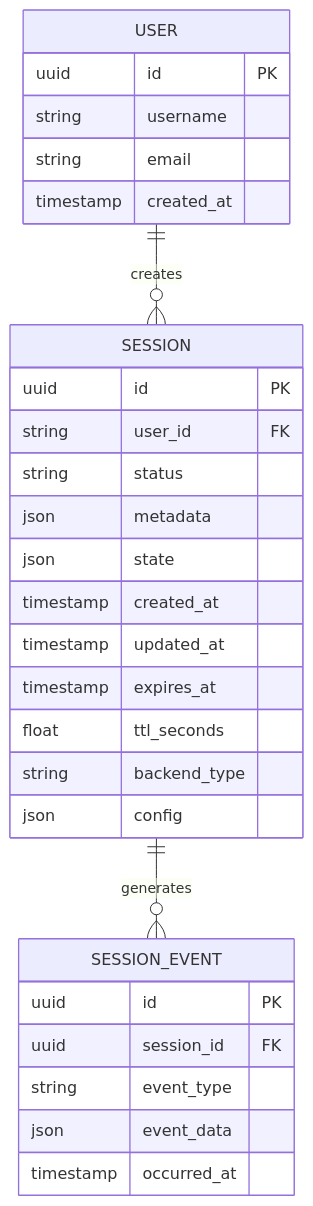
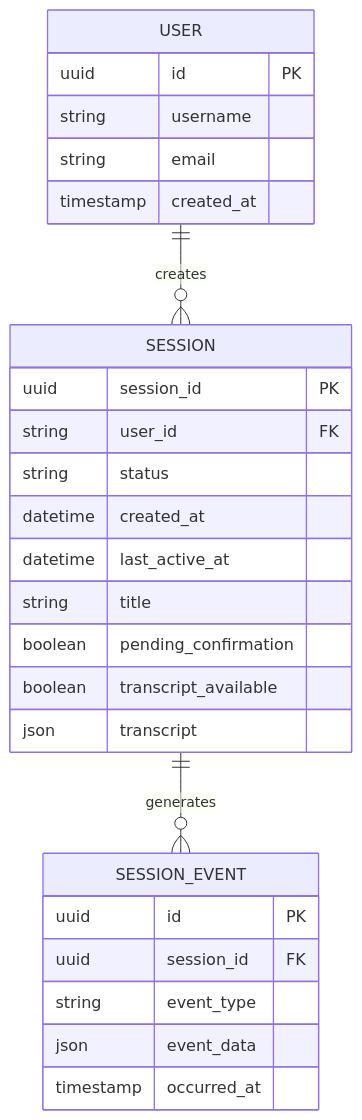
The fifth of 10 diagrams in .qoder/repowiki/en/content/API Reference/Agent Platform API/Session Management API.md (metasync/luban-aiops), drawn with Mermaid before and after one commit. The commit also changed other lines of this file and 43 other files, not shown here.

````diff
--- a/.qoder/repowiki/en/content/API Reference/Agent Platform API/Session Management API.md
+++ b/.qoder/repowiki/en/content/API Reference/Agent Platform API/Session Management API.md
@@ -272,31 +286,29 @@
 ```mermaid
 erDiagram
 SESSION {
-uuid id PK
+uuid session_id PK
 string user_id FK
 string status
-json metadata
-json state
-timestamp created_at
-timestamp updated_at
-timestamp expires_at
-float ttl_seconds
-string backend_type
-json config
+datetime created_at
+datetime last_active_at
+string title
+boolean pending_confirmation
+boolean transcript_available
+json transcript
 }
 USER {
 uuid id PK
 string username
 string email
 timestamp created_at
 }
 SESSION_EVENT {
 uuid id PK
 uuid session_id FK
 string event_type
 json event_data
 timestamp occurred_at
 }
 USER ||--o{ SESSION : creates
 SESSION ||--o{ SESSION_EVENT : generates
 ```
````
